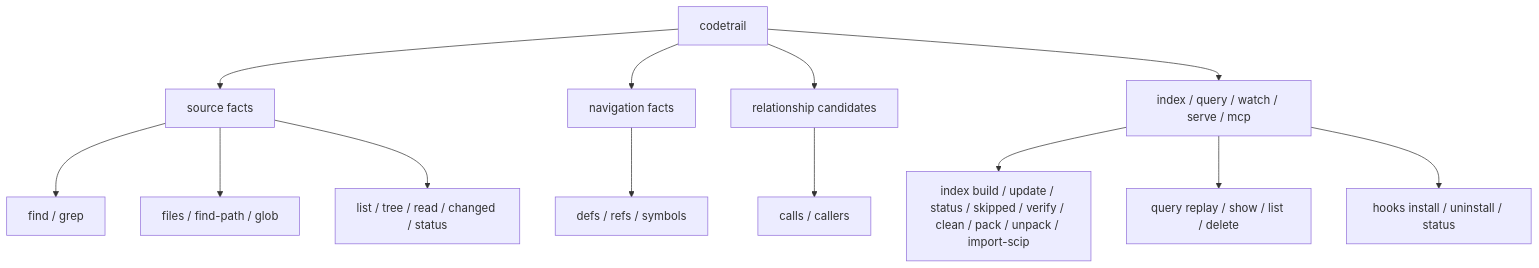
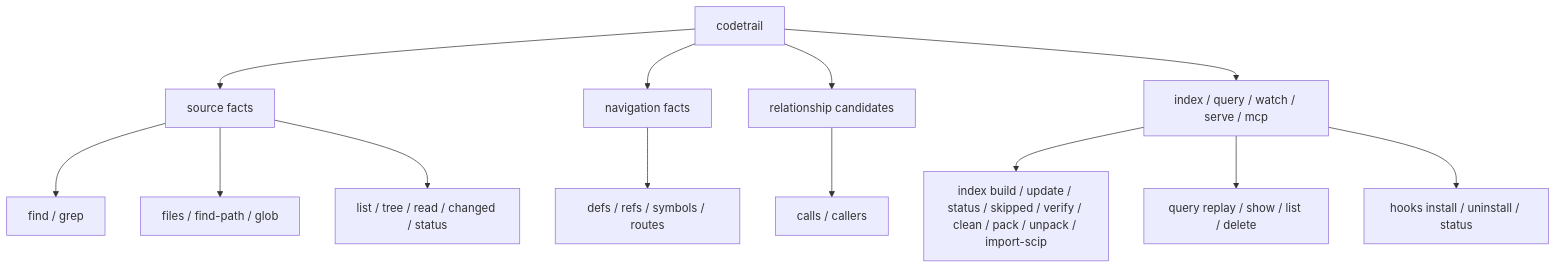
One commit to mars167/CodeTrail changed the first of 2 diagrams in docs/02-command-contract.md. Above: the diagram before and after it, drawn with Mermaid. The commit also changed other lines of this file and 21 other files, not shown here.

````diff
--- a/docs/02-command-contract.md
+++ b/docs/02-command-contract.md
@@ -7,16 +7,16 @@
 ```mermaid
 flowchart TB
   CS["codetrail"] --> L0["source facts"]
   CS --> L1["navigation facts"]
   CS --> L2["relationship candidates"]
   CS --> Ops["index / query / watch / serve / mcp"]
 
   L0 --> Search["find / grep"]
   L0 --> Paths["files / find-path / glob"]
   L0 --> Read["list / tree / read / changed / status"]
-  L1 --> Nav["defs / refs / symbols"]
+  L1 --> Nav["defs / refs / symbols / routes"]
   L2 --> Calls["calls / callers"]
   Ops --> Index["index build / update / status / skipped / verify / clean / pack / unpack / import-scip"]
   Ops --> Query["query replay / show / list / delete"]
   Ops --> Hooks["hooks install / uninstall / status"]
 ```
````
